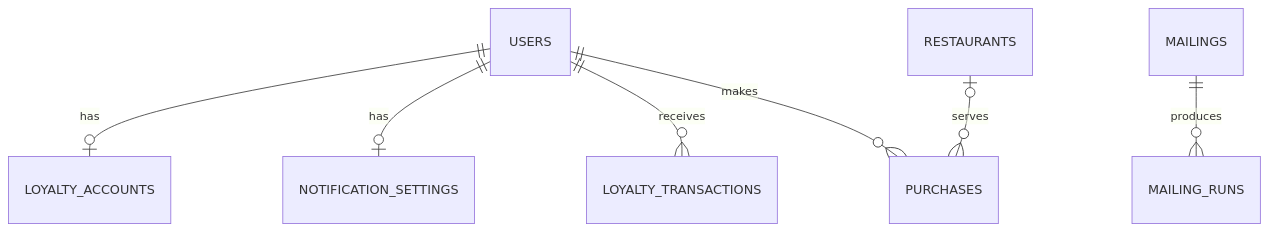
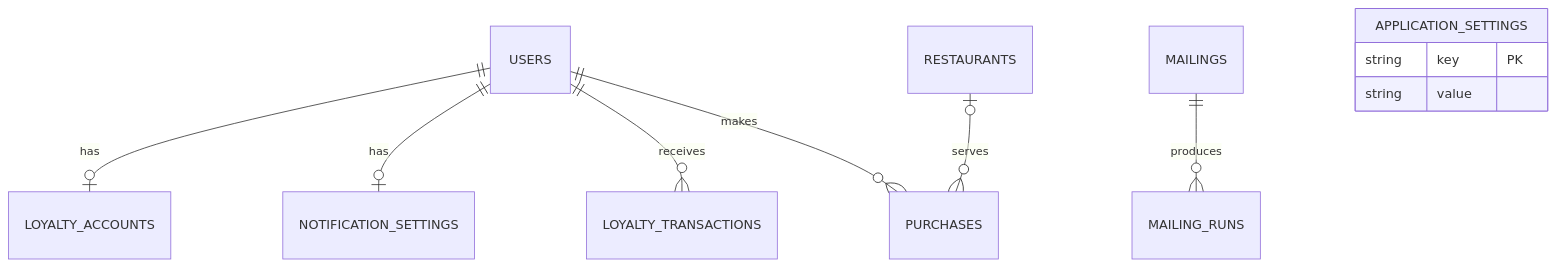
Before and after one commit to alexzhiliuk/FishAndGuds: the second of 2 diagrams in README.md, drawn with Mermaid. The commit also changed other lines of this file and 31 other files, not shown here.

````diff
--- a/README.md
+++ b/README.md
@@ -120,9 +144,13 @@
 ```mermaid
 erDiagram
     USERS ||--o| LOYALTY_ACCOUNTS : has
     USERS ||--o| NOTIFICATION_SETTINGS : has
     USERS ||--o{ LOYALTY_TRANSACTIONS : receives
     USERS ||--o{ PURCHASES : makes
     RESTAURANTS o|--o{ PURCHASES : serves
     MAILINGS ||--o{ MAILING_RUNS : produces
+    APPLICATION_SETTINGS {
+        string key PK
+        string value
+    }
 ```
````
